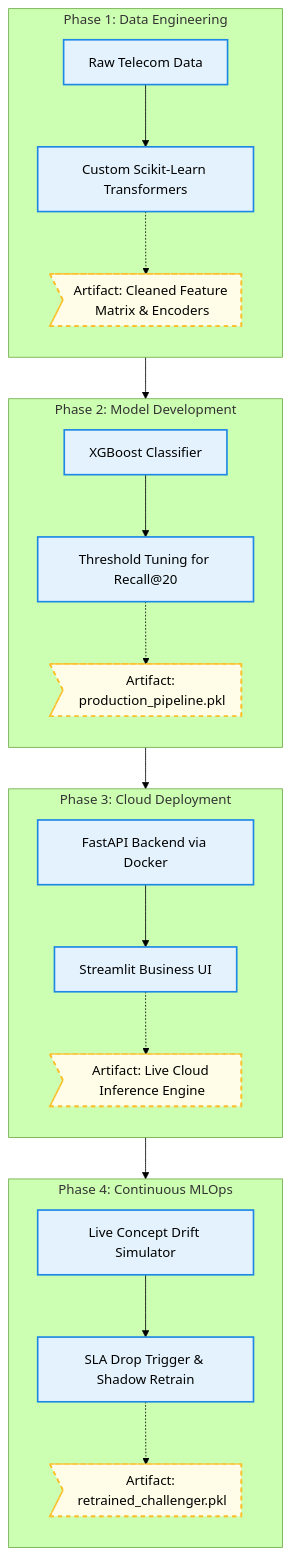
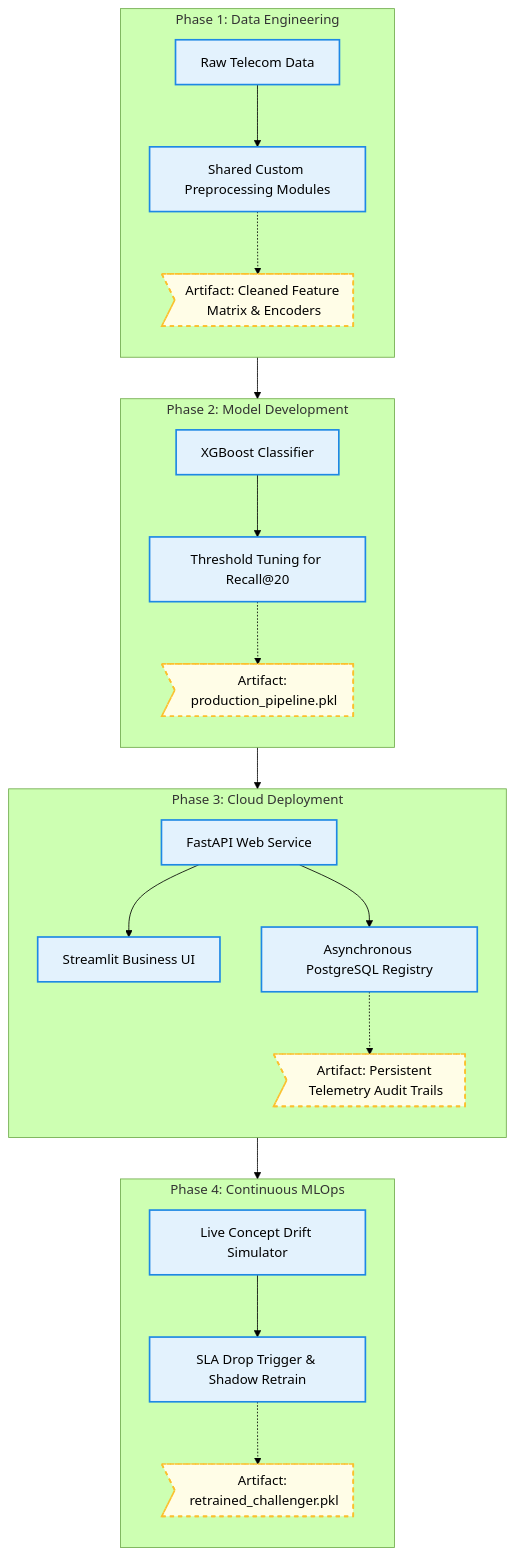
The second of 2 diagrams in README.md (Priyanshu-Upadhyay-27/end-to-end-churn-ml), drawn with Mermaid (forest theme) before and after one commit. The commit also changed other lines of this file, not shown here.

````diff
--- a/README.md
+++ b/README.md
@@ -70,41 +73,42 @@
 ```mermaid
 graph TD
     %% Phase 1
     subgraph Phase 1: Data Engineering
         direction TB
-        D1[Raw Telecom Data] --> D2[Custom Scikit-Learn Transformers]
+        D1[Raw Telecom Data] --> D2[Shared Custom Preprocessing Modules]
         D2 -.-> R1>Artifact: Cleaned Feature Matrix & Encoders]
     end
 
     %% Phase 2
     subgraph Phase 2: Model Development
         direction TB
         D2 --> M1[XGBoost Classifier]
         M1 --> M2[Threshold Tuning for Recall@20]
         M2 -.-> R2>Artifact: production_pipeline.pkl]
     end
 
     %% Phase 3
     subgraph Phase 3: Cloud Deployment
         direction TB
-        M2 --> P1[FastAPI Backend via Docker]
+        M2 --> P1[FastAPI Web Service]
         P1 --> P2[Streamlit Business UI]
-        P2 -.-> R3>Artifact: Live Cloud Inference Engine]
+        P1 --> P3[Asynchronous PostgreSQL Registry]
+        P3 -.-> R3>Artifact: Persistent Telemetry Audit Trails]
     end
 
     %% Phase 4
     subgraph Phase 4: Continuous MLOps
         direction TB
         P2 --> O1[Live Concept Drift Simulator]
         O1 --> O2[SLA Drop Trigger & Shadow Retrain]
         O2 -.-> R4>Artifact: retrained_challenger.pkl]
     end
 
     %% Styling Elements (Forced Black Text & Distinct Shapes)
     classDef default color:#000000;
     classDef process fill:#e3f2fd,stroke:#1e88e5,stroke-width:2px,color:#000000;
     classDef artifact fill:#fffde7,stroke:#fbc02d,stroke-width:2px,stroke-dasharray: 5 5,color:#000000;
 
-    class D1,D2,M1,M2,P1,P2,O1,O2 process;
+    class D1,D2,M1,M2,P1,P2,P3,O1,O2 process;
     class R1,R2,R3,R4 artifact;
 ```
````
